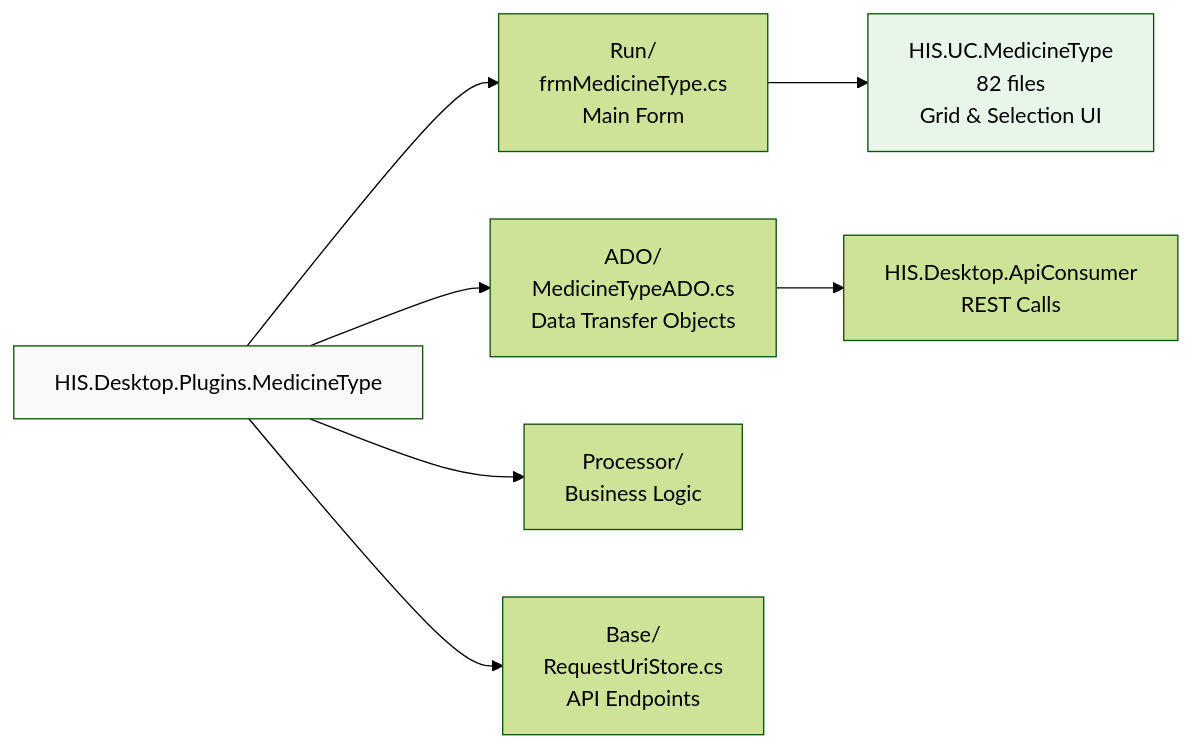
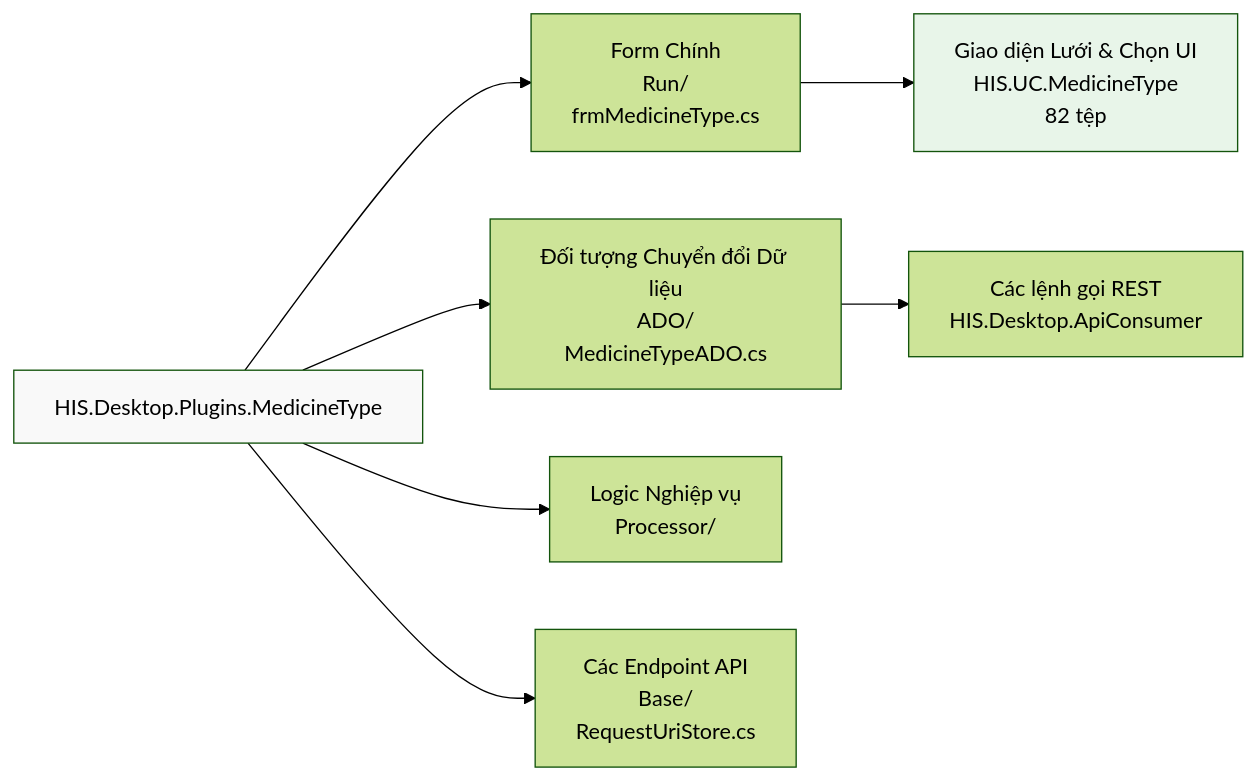
Before and after one commit to thangpnb/HIS: the second of 8 diagrams in docs/his-ba-documentation/03-business-domains/pharmacy/medicine-material.md, drawn with Mermaid (forest theme). The commit also changed other lines of this file and 30 other files, not shown here.

Commit message:
Refactor architecture docs and update translations

````diff
--- a/docs/his-ba-documentation/03-business-domains/pharmacy/medicine-material.md
+++ b/docs/his-ba-documentation/03-business-domains/pharmacy/medicine-material.md
@@ -64,19 +64,19 @@
 ```mermaid
 graph LR
     Plugin["HIS.Desktop.Plugins.MedicineType"]
-    Run["Run/<br/>frmMedicineType.cs<br/>Main Form"]
-    ADO["ADO/<br/>MedicineTypeADO.cs<br/>Data Transfer Objects"]
-    Processor["Processor/<br/>Business Logic"]
-    Base["Base/<br/>RequestUriStore.cs<br/>API Endpoints"]
+    Run["Form Chính<br/>Run/<br/>frmMedicineType.cs"]
+    ADO["Đối tượng Chuyển đổi Dữ liệu<br/>ADO/<br/>MedicineTypeADO.cs"]
+    Processor["Logic Nghiệp vụ<br/>Processor/"]
+    Base["Các Endpoint API<br/>Base/<br/>RequestUriStore.cs"]
     
     Plugin --> Run
     Plugin --> ADO
     Plugin --> Processor
     Plugin --> Base
     
-    Run --> UCMedicine["HIS.UC.MedicineType<br/>82 files<br/>Grid & Selection UI"]
-    ADO --> APIConsumer["HIS.Desktop.ApiConsumer<br/>REST Calls"]
+    Run --> UCMedicine["Giao diện Lưới & Chọn UI<br/>HIS.UC.MedicineType<br/>82 tệp"]
+    ADO --> APIConsumer["Các lệnh gọi REST<br/>HIS.Desktop.ApiConsumer"]
     
     style Plugin fill:#f9f9f9
     style UCMedicine fill:#e8f5e9
 ```
````
